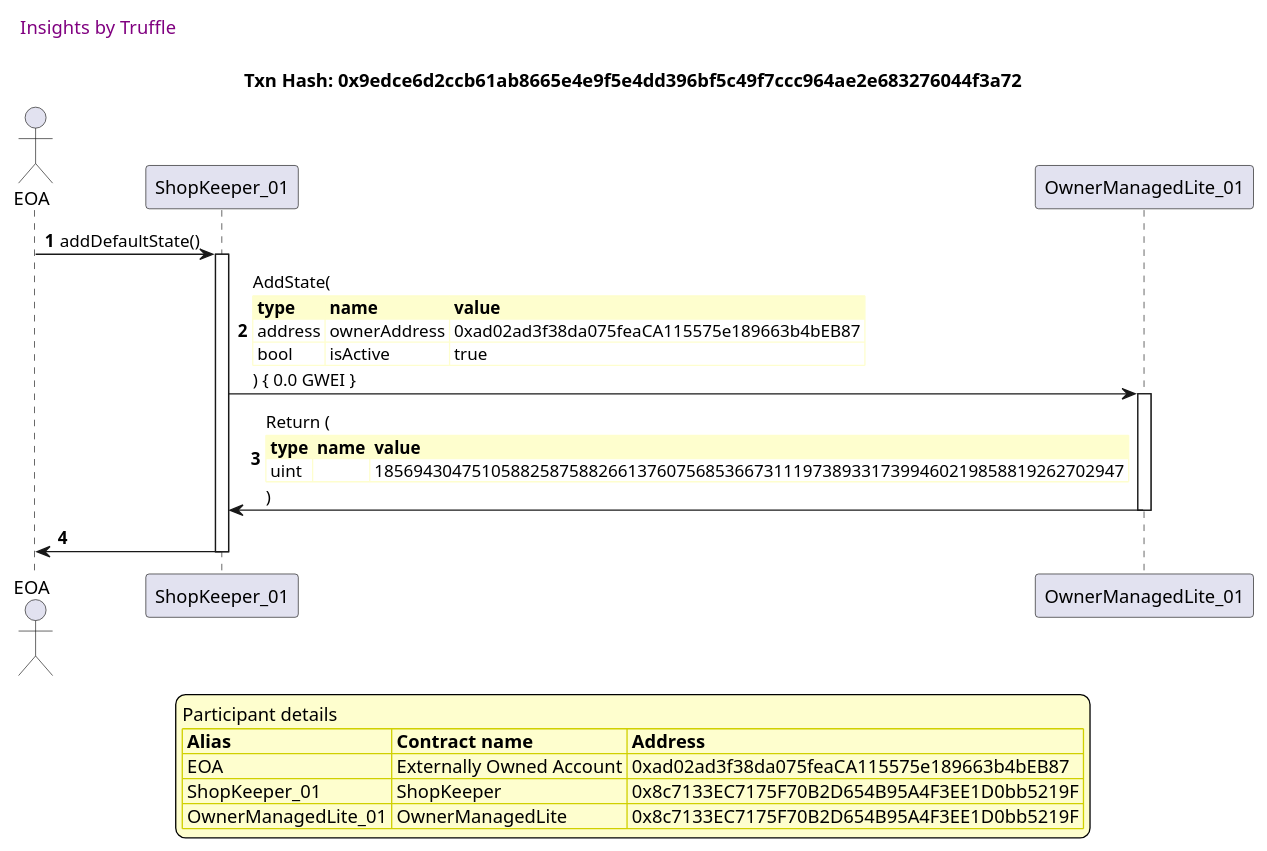
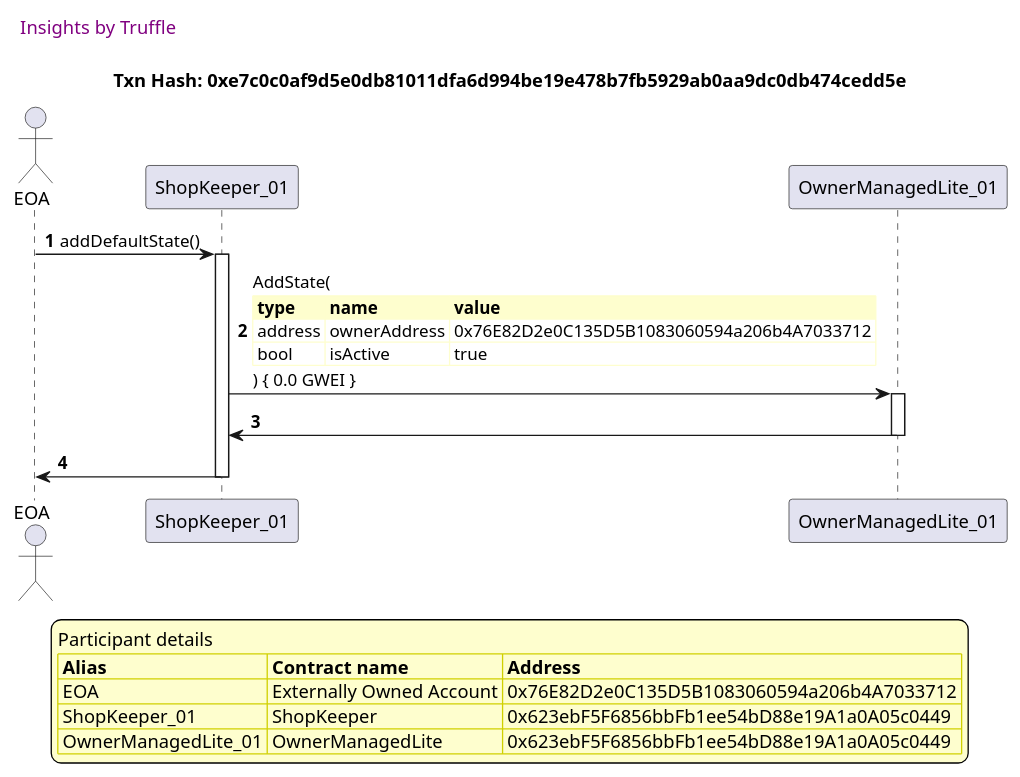
One commit to thedarkjester/ConsensysAssignment changed the fifth of 10 diagrams in truffle-seq/Shop_test_shopkeeper_add_shop.md. Above: the diagram before and after it, drawn with PlantUML. The commit also changed other lines of this file and 13 other files, not shown here.

````diff
--- a/truffle-seq/Shop_test_shopkeeper_add_shop.md
+++ b/truffle-seq/Shop_test_shopkeeper_add_shop.md
@@ -217,48 +206,45 @@
 ```plantuml
 
 
 @startuml
 
 autonumber
 skinparam legendBackgroundColor #FEFECE
 
 <style>
       header {
         HorizontalAlignment left
         FontColor purple
         FontSize 14
         Padding 10
       }
     </style>
 
 header Insights by Truffle
 
-title Txn Hash: 0x9edce6d2ccb61ab8665e4e9f5e4dd396bf5c49f7ccc964ae2e683276044f3a72
+title Txn Hash: 0xe7c0c0af9d5e0db81011dfa6d994be19e478b7fb5929ab0aa9dc0db474cedd5e
 
 
 actor EOA as "EOA"
 participant ShopKeeper_01 as "ShopKeeper_01"
 participant OwnerManagedLite_01 as "OwnerManagedLite_01"
 
 "EOA" -> "ShopKeeper_01" ++: addDefaultState()
 "ShopKeeper_01" -> "OwnerManagedLite_01" ++: AddState(\n\
 <#FEFECE,#FEFECE>|= type |= name |= value |\n\
-| address | ownerAddress | 0xad02ad3f38da075feaCA115575e189663b4bEB87 |\n\
+| address | ownerAddress | 0x76E82D2e0C135D5B1083060594a206b4A7033712 |\n\
 | bool | isActive | true |\n\
 ) { 0.0 GWEI }
-"OwnerManagedLite_01" -> "ShopKeeper_01" --: Return (\n\
-<#FEFECE,#FEFECE>|= type |= name |= value |\n\
-| uint |  | 18569430475105882587588266137607568536673111973893317399460219858819262702947 |\n\
-)
+"OwnerManagedLite_01" -> "ShopKeeper_01" --: 
 "ShopKeeper_01" -> "EOA" --: 
 
 legend
 Participant details
 <#FEFECE,#D0D000>|= Alias |= Contract name |= Address |
-<#FEFECE>| EOA | Externally Owned Account | 0xad02ad3f38da075feaCA115575e189663b4bEB87 |
-<#FEFECE>| ShopKeeper_01 | ShopKeeper | 0x8c7133EC7175F70B2D654B95A4F3EE1D0bb5219F |
-<#FEFECE>| OwnerManagedLite_01 | OwnerManagedLite | 0x8c7133EC7175F70B2D654B95A4F3EE1D0bb5219F |
+<#FEFECE>| EOA | Externally Owned Account | 0x76E82D2e0C135D5B1083060594a206b4A7033712 |
+<#FEFECE>| ShopKeeper_01 | ShopKeeper | 0x623ebF5F6856bbFb1ee54bD88e19A1a0A05c0449 |
+<#FEFECE>| OwnerManagedLite_01 | OwnerManagedLite | 0x623ebF5F6856bbFb1ee54bD88e19A1a0A05c0449 |
 endlegend
 
 @enduml
 ```
````
